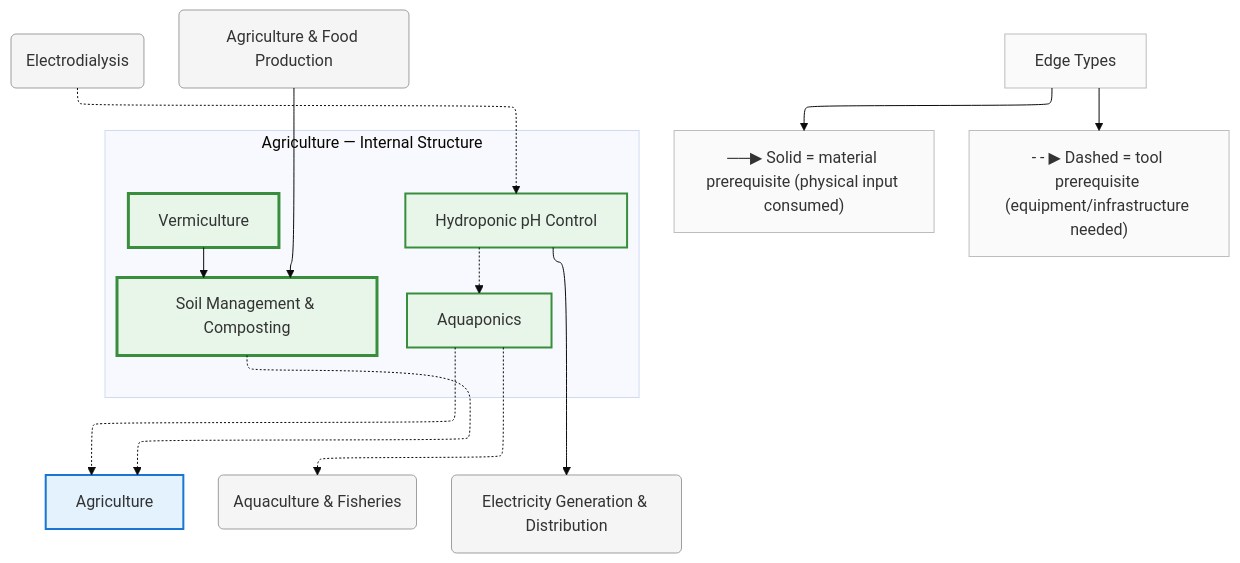
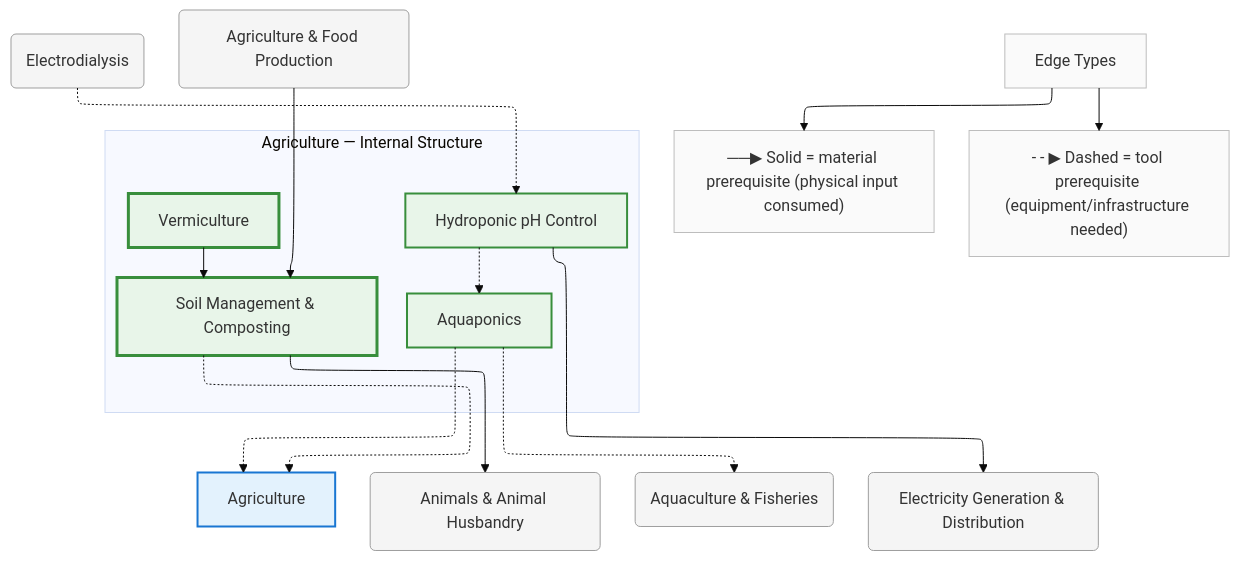
The diagram in diagrams/mermaid/agriculture.mmd (egofree/TechTree), drawn with Mermaid (base theme) before and after one commit. The commit also changed 17 other files, not shown here.

Commit message:
chore(diagrams): regenerate after schema extension

```diff
--- a/diagrams/mermaid/agriculture.mmd
+++ b/diagrams/mermaid/agriculture.mmd
@@ -1,56 +1,59 @@
 %%{init: {"flowchart": {"defaultRenderer": "elk", "htmlLabels": true}}}%%
 graph TD
     %% Domain: Agriculture
 
     %% ==================== INTERNAL NODES ====================
     subgraph agriculture_internal ["Agriculture — Internal Structure"]
         direction TB
         agriculture_hydroponic-ph-control["Hydroponic pH Control"]
         agriculture_soil-management["Soil Management & Composting"]
         agriculture_soil-management_vermiculture["Vermiculture"]
         agriculture_aquaponics["Aquaponics"]
     end
 
     %% ==================== DOMAIN NODE ====================
     agriculture["Agriculture"]
 
     %% ==================== EXTERNAL DEPENDENCIES ====================
+    animals("Animals & Animal Husbandry")
     animals_aquaculture("Aquaculture & Fisheries")
     chemistry_electrodialysis("Electrodialysis")
     energy_electricity("Electricity Generation & Distribution")
     foundations_food-agriculture("Agriculture & Food Production")
 
     %% ==================== EDGES ====================
     agriculture_soil-management -.-> agriculture
     agriculture_soil-management_vermiculture --> agriculture_soil-management
     agriculture_aquaponics -.-> agriculture
     agriculture_hydroponic-ph-control -.-> agriculture_aquaponics
     agriculture_hydroponic-ph-control --> energy_electricity
     chemistry_electrodialysis -.-> agriculture_hydroponic-ph-control
     foundations_food-agriculture --> agriculture_soil-management
     agriculture_aquaponics -.-> animals_aquaculture
+    agriculture_soil-management --> animals
 
     %% ==================== EDGE TYPE LEGEND ====================
     EdgeLegend["Edge Types"]
     EdgeLegend --> MatNote["──▶ Solid = material prerequisite (physical input consumed)"]
     EdgeLegend --> ToolNote["- - ▶ Dashed = tool prerequisite (equipment/infrastructure needed)"]
 
     %% ==================== STYLING ====================
     classDef domain fill:#e3f2fd,stroke:#1976d2,stroke-width:2px
     classDef capability fill:#e8f5e9,stroke:#388e3c,stroke-width:2px
     classDef process fill:#fff3e0,stroke:#f57c00,stroke-width:2px
     classDef critical fill:#fff3e0,stroke:#f57c00,stroke-width:3px
     classDef earlyWin fill:#e8f5e9,stroke:#388e3c,stroke-width:3px
     classDef pinnacle fill:#fce4ec,stroke:#c62828,stroke-width:3px
     classDef external fill:#f5f5f5,stroke:#9e9e9e,stroke-width:1px
     classDef legend fill:#fafafa,stroke:#bdbdbd,stroke-width:1px
     class agriculture domain
     class agriculture_hydroponic-ph-control capability
     class agriculture_soil-management earlyWin
     class agriculture_soil-management_vermiculture earlyWin
     class agriculture_aquaponics capability
+    class animals external
     class animals_aquaculture external
     class chemistry_electrodialysis external
     class energy_electricity external
     class foundations_food-agriculture external
     class EdgeLegend,MatNote,ToolNote legend
```
